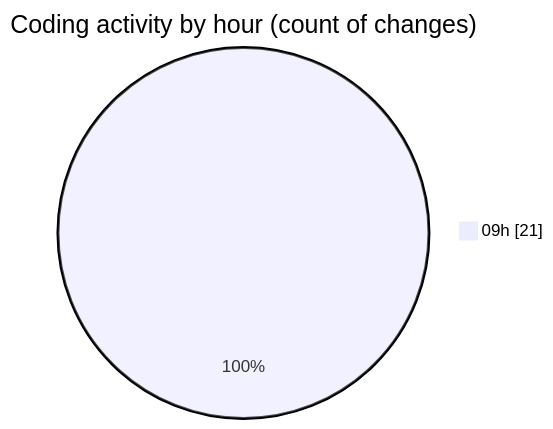
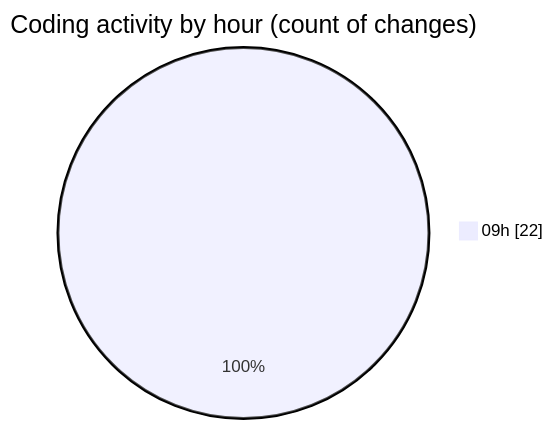
One commit to momahboobian/code-tracking changed the second of 2 diagrams in 2025-06-27/cda/README.md. Above: the diagram before and after it, drawn with Mermaid. The commit also changed other lines of this file and 1 other file, not shown here.

````diff
--- a/2025-06-27/cda/README.md
+++ b/2025-06-27/cda/README.md
@@ -33,5 +33,5 @@
 ```mermaid
 pie showData
 title Coding activity by hour (count of changes)
-"09h" : 21
+"09h" : 22
 ```
````
